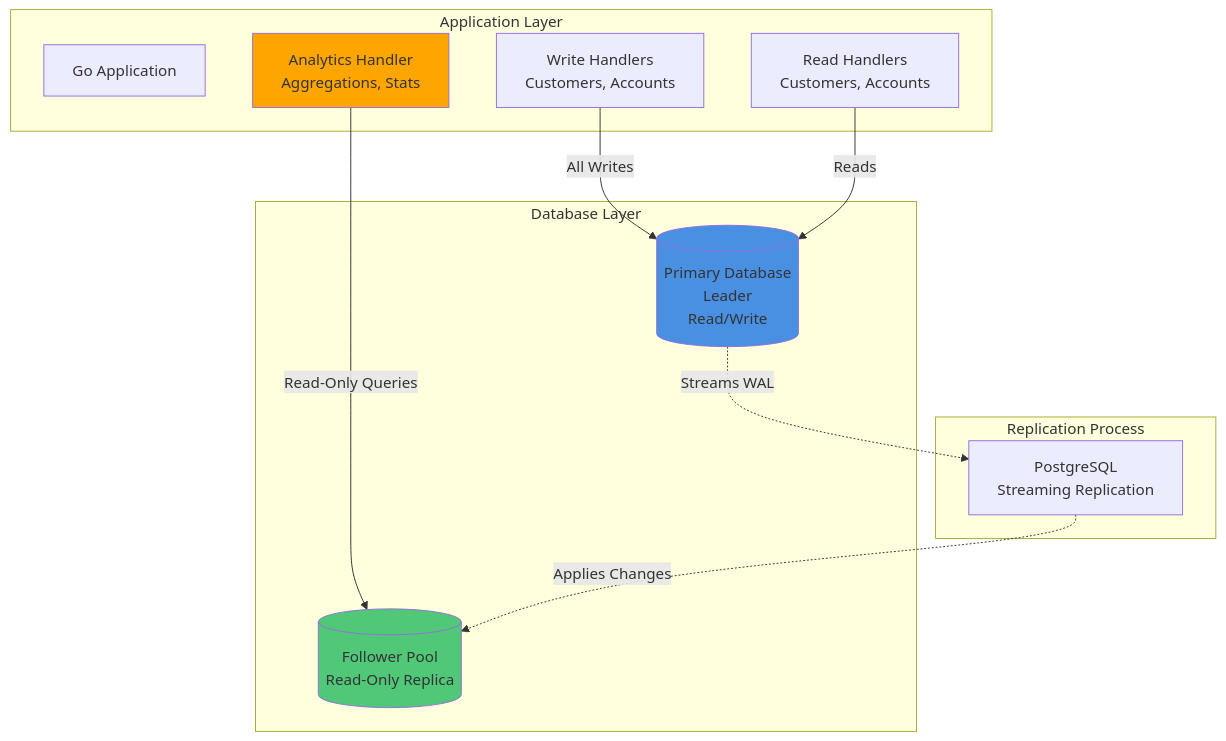
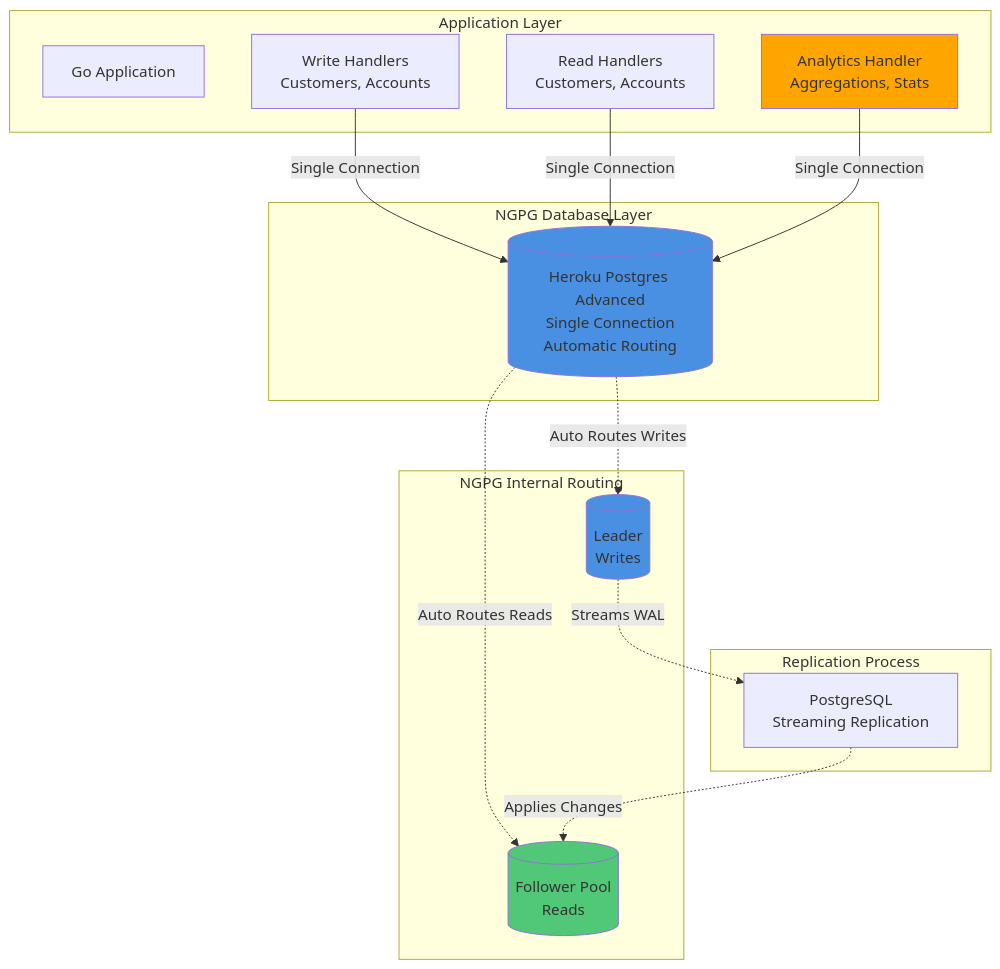
One commit to heroku-examples/saas-go-app changed the third of 18 diagrams in ARCHITECTURE.md. Above: the diagram before and after it, drawn with Mermaid. The commit also changed other lines of this file, not shown here.

````diff
--- a/ARCHITECTURE.md
+++ b/ARCHITECTURE.md
@@ -148,29 +163,37 @@
 ```mermaid
 graph TB
     subgraph "Application Layer"
         App[Go Application]
         WriteHandler[Write Handlers<br/>Customers, Accounts]
         ReadHandler[Read Handlers<br/>Customers, Accounts]
         AnalyticsHandler[Analytics Handler<br/>Aggregations, Stats]
     end
     
-    subgraph "Database Layer"
-        Primary[(Primary Database<br/>Leader<br/>Read/Write)]
-        Follower[(Follower Pool<br/>Read-Only Replica)]
+    subgraph "NGPG Database Layer"
+        NGPG[(Heroku Postgres Advanced<br/>Single Connection<br/>Automatic Routing)]
+    end
+    
+    subgraph "NGPG Internal Routing"
+        Leader[(Leader<br/>Writes)]
+        Follower[(Follower Pool<br/>Reads)]
     end
     
     subgraph "Replication Process"
         WALStream[PostgreSQL<br/>Streaming Replication]
     end
     
-    WriteHandler -->|All Writes| Primary
-    ReadHandler -->|Reads| Primary
-    AnalyticsHandler -->|Read-Only Queries| Follower
+    WriteHandler -->|Single Connection| NGPG
+    ReadHandler -->|Single Connection| NGPG
+    AnalyticsHandler -->|Single Connection| NGPG
     
-    Primary -.->|Streams WAL| WALStream
+    NGPG -.->|Auto Routes Writes| Leader
+    NGPG -.->|Auto Routes Reads| Follower
+    
+    Leader -.->|Streams WAL| WALStream
     WALStream -.->|Applies Changes| Follower
     
-    style Primary fill:#4a90e2
+    style NGPG fill:#4a90e2
+    style Leader fill:#4a90e2
     style Follower fill:#50c878
     style AnalyticsHandler fill:#ffa500
 ```
````
